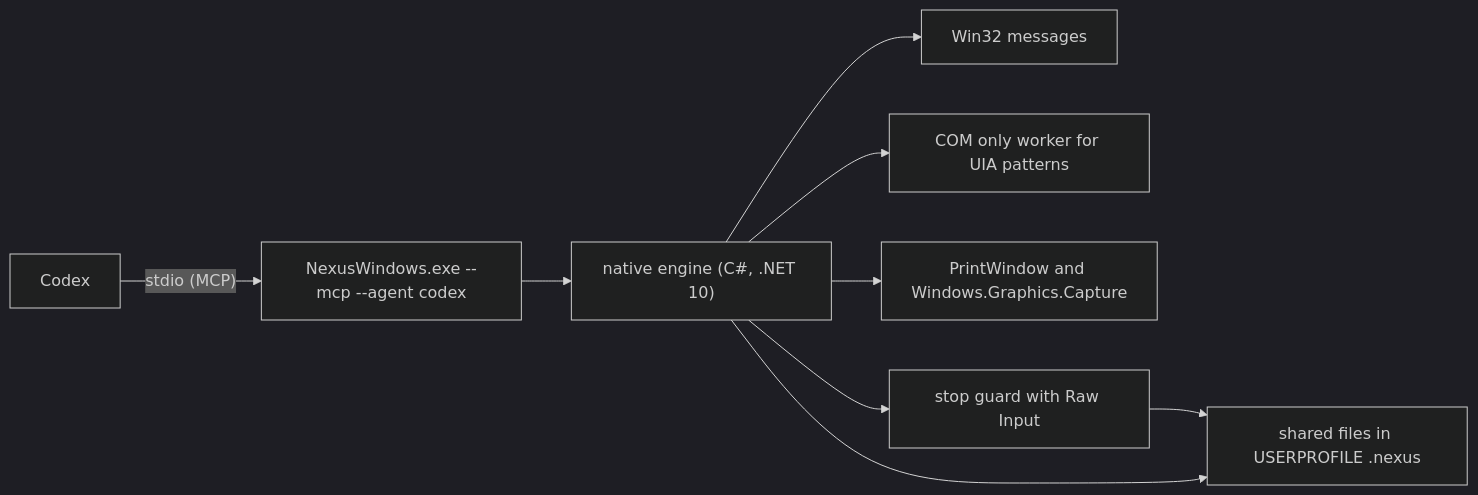
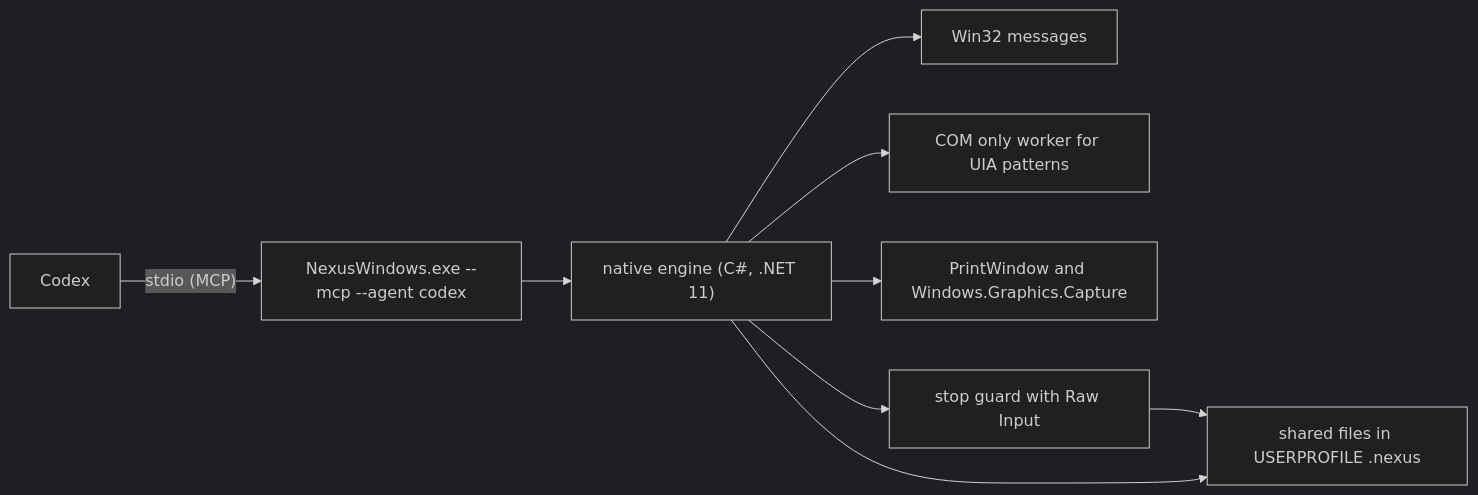
The diagram in codex/README.md (pironjulien/NexusWindows), drawn with Mermaid (dark theme) before and after one commit. The commit also changed other lines of this file and 23 other files, not shown here.

````diff
--- a/codex/README.md
+++ b/codex/README.md
@@ -293,11 +293,11 @@
 ```mermaid
 flowchart LR
     Codex["Codex"] -- "stdio (MCP)" --> Launcher["NexusWindows.exe --mcp --agent codex"]
-    Launcher --> Engine["native engine (C#, .NET 10)"]
+    Launcher --> Engine["native engine (C#, .NET 11)"]
     Engine --> Messages["Win32 messages"]
     Engine --> ComWorker["COM only worker for UIA patterns"]
     Engine --> Capture["PrintWindow and Windows.Graphics.Capture"]
     Engine --> Guard["stop guard with Raw Input"]
     Guard --> Shared["shared files in USERPROFILE .nexus"]
     Engine --> Shared
 ```
````
